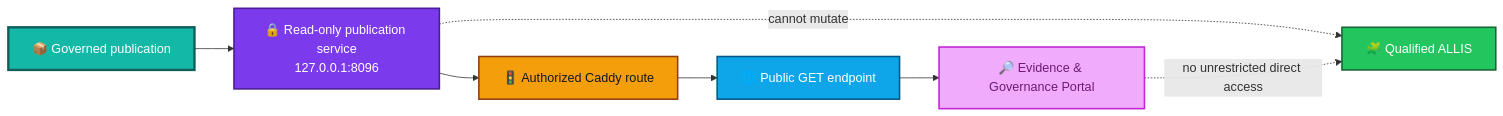
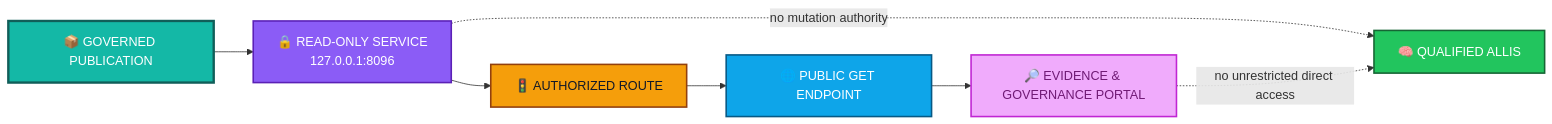
One commit to kiddstechnical/ALLIS-Artificial-Learning-and-Location-Intelligence-System changed the second of 2 diagrams in evidence/README.md. Above: the diagram before and after it, drawn with Mermaid. The commit also changed other lines of this file, not shown here.

````diff
--- a/evidence/README.md
+++ b/evidence/README.md
@@ -583,21 +235,26 @@
 ```mermaid
 flowchart LR
-    P["📦 Governed publication"]:::publication
-    S["🔒 Read-only publication service<br/>127.0.0.1:8096"]:::service
-    C["🚦 Authorized Caddy route"]:::route
-    H["🌐 Public GET endpoint"]:::http
-    G["🔎 Evidence & Governance Portal"]:::gui
-    A["🧩 Qualified ALLIS"]:::allis
+    P["📦 GOVERNED PUBLICATION"]:::publication
+
+    S["🔒 READ-ONLY SERVICE<br/>127.0.0.1:8096"]:::service
+
+    C["🚦 AUTHORIZED ROUTE"]:::route
+
+    H["🌐 PUBLIC GET ENDPOINT"]:::http
+
+    G["🔎 EVIDENCE & GOVERNANCE PORTAL"]:::gui
+
+    A["🧠 QUALIFIED ALLIS"]:::allis
 
     P --> S --> C --> H --> G
 
-    S -. "cannot mutate" .-> A
+    S -. "no mutation authority" .-> A
     G -. "no unrestricted direct access" .-> A
 
     classDef publication fill:#14b8a6,stroke:#115e59,color:#ffffff,stroke-width:3px;
-    classDef service fill:#7c3aed,stroke:#4c1d95,color:#ffffff,stroke-width:2px;
+    classDef service fill:#8b5cf6,stroke:#5b21b6,color:#ffffff,stroke-width:2px;
     classDef route fill:#f59e0b,stroke:#92400e,color:#111827,stroke-width:2px;
     classDef http fill:#0ea5e9,stroke:#075985,color:#ffffff,stroke-width:2px;
     classDef gui fill:#f0abfc,stroke:#c026d3,color:#701a75,stroke-width:2px;
     classDef allis fill:#22c55e,stroke:#166534,color:#ffffff,stroke-width:2px;
 ```
````
